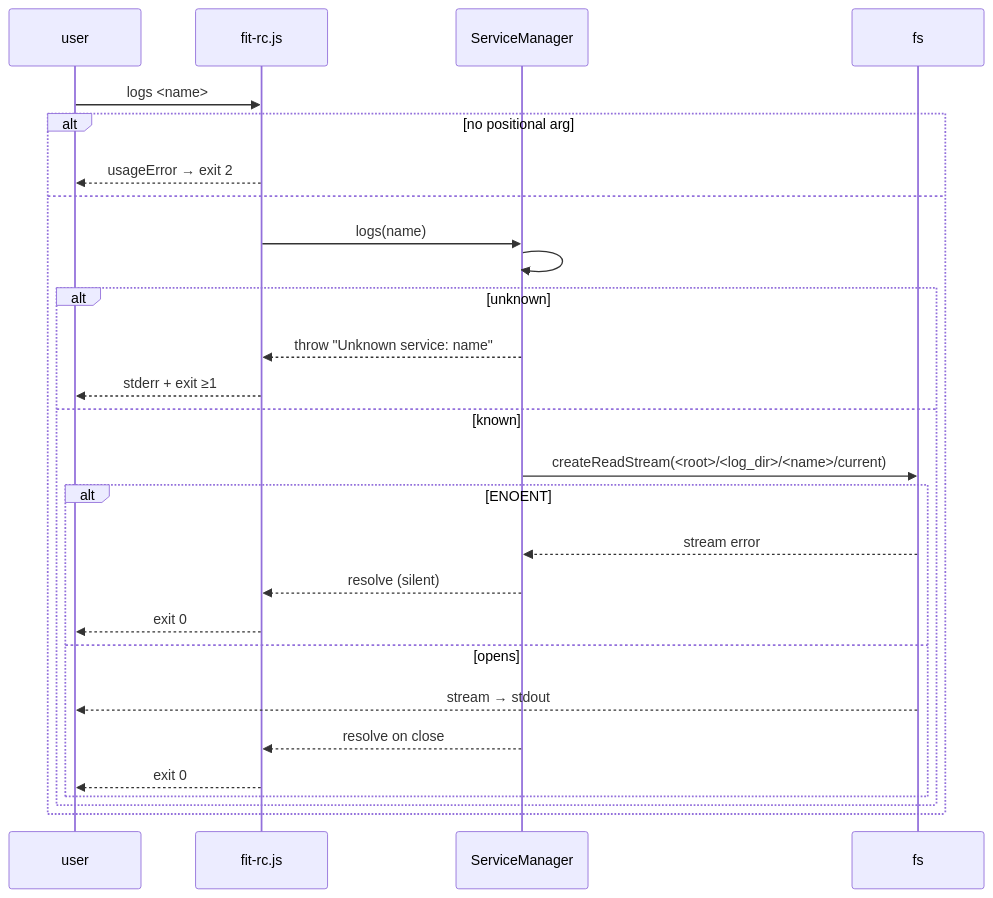
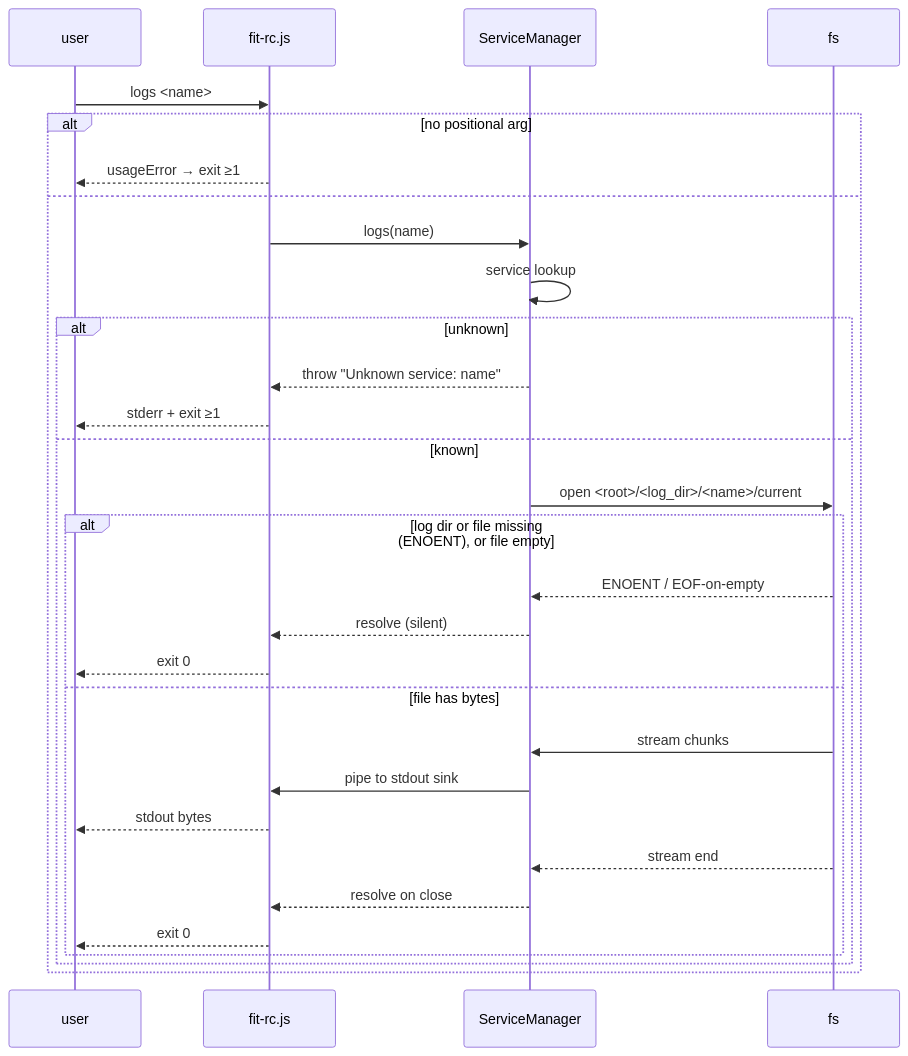
The second of 2 diagrams in specs/710-fit-rc-logs-subcommand/design-a.md (forwardimpact/pathway), drawn with Mermaid before and after one commit. The commit also changed other lines of this file, not shown here.

````diff
--- a/specs/710-fit-rc-logs-subcommand/design-a.md
+++ b/specs/710-fit-rc-logs-subcommand/design-a.md
@@ -53,29 +57,32 @@
 ```mermaid
 sequenceDiagram
   participant U as user
   participant C as fit-rc.js
   participant M as ServiceManager
   participant F as fs
   U->>C: logs <name>
   alt no positional arg
-    C-->>U: usageError → exit 2
+    C-->>U: usageError → exit ≥1
   else
     C->>M: logs(name)
-    M->>M: #findServiceIndex(name)
+    M->>M: service lookup
     alt unknown
       M-->>C: throw "Unknown service: name"
       C-->>U: stderr + exit ≥1
     else known
-      M->>F: createReadStream(<root>/<log_dir>/<name>/current)
-      alt ENOENT
-        F-->>M: stream error
+      M->>F: open <root>/<log_dir>/<name>/current
+      alt log dir or file missing (ENOENT), or file empty
+        F-->>M: ENOENT / EOF-on-empty
         M-->>C: resolve (silent)
         C-->>U: exit 0
-      else opens
-        F-->>U: stream → stdout
+      else file has bytes
+        F->>M: stream chunks
+        M->>C: pipe to stdout sink
+        C-->>U: stdout bytes
+        F-->>M: stream end
         M-->>C: resolve on close
         C-->>U: exit 0
       end
     end
   end
 ```
````
